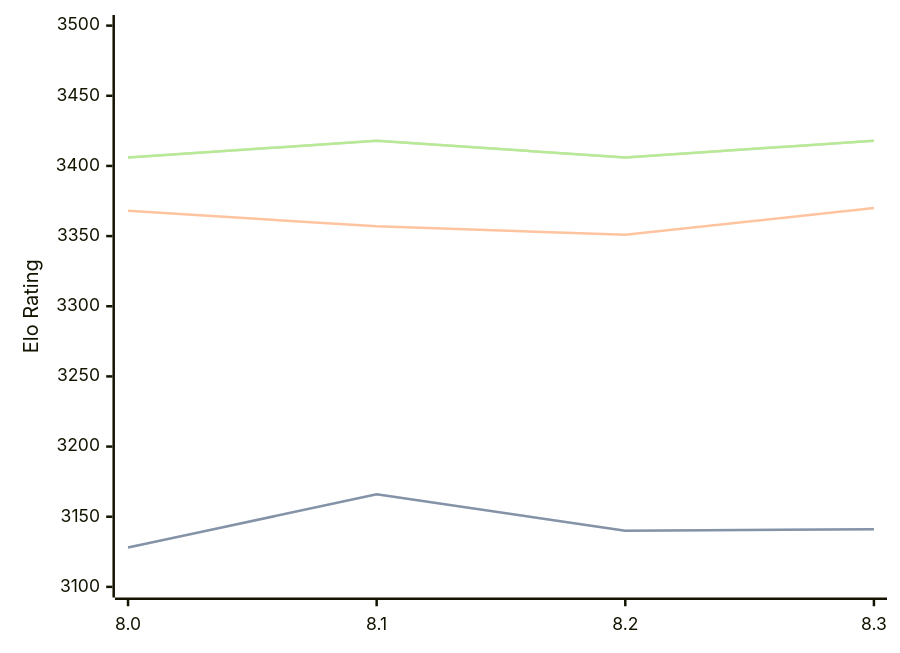
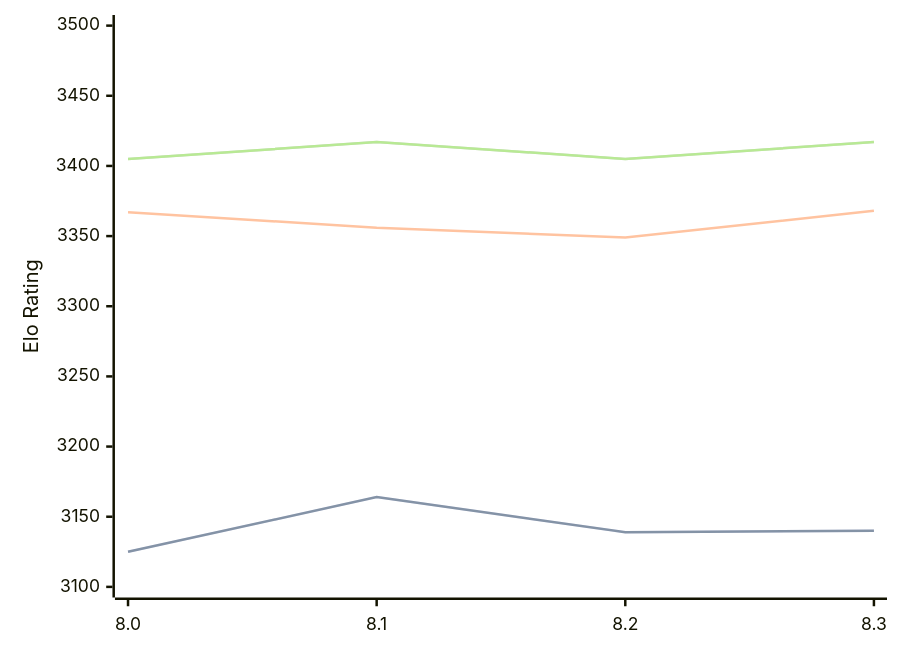
Before and after one commit to computer-chess-index/cci: the diagram in engines/Alexander.md, drawn with Mermaid. The commit also changed other lines of this file, not shown here.

Commit message:
Update CCI Ratings (ELO VLTC) - 2026-08-12

````diff
--- a/engines/Alexander.md
+++ b/engines/Alexander.md
@@ -34,11 +34,11 @@
 ```mermaid
 %%{init: {"theme":"base","themeVariables":{"seriesColors:['#a3a3a3','#222221','#faa371']}}}%%
 xychart-beta
   x-axis ["8.0", "8.1", "8.2", "8.3"]
   y-axis "Elo Rating" 3100 --> 3500
-  line "STC (8.0+0.08s)" [3128, 3166, 3140, 3141]
-  line "STC (8.0+0.08s)" [3128, 3166, 3140, 3141]
-  line "LTC (60.0+0.60s)" [3368, 3357, 3351, 3370]
-  line "VLTC (2m24s+1.12s)" [3406, 3418, 3406, 3418]
-  line "VLTC (2m24s+1.12s)" [3406, 3418, 3406, 3418]
+  line "STC (8.0+0.08s)" [3125, 3164, 3139, 3140]
+  line "STC (8.0+0.08s)" [3125, 3164, 3139, 3140]
+  line "LTC (60.0+0.60s)" [3367, 3356, 3349, 3368]
+  line "VLTC (2m24s+1.12s)" [3405, 3417, 3405, 3417]
+  line "VLTC (2m24s+1.12s)" [3405, 3417, 3405, 3417]
 ```
````
